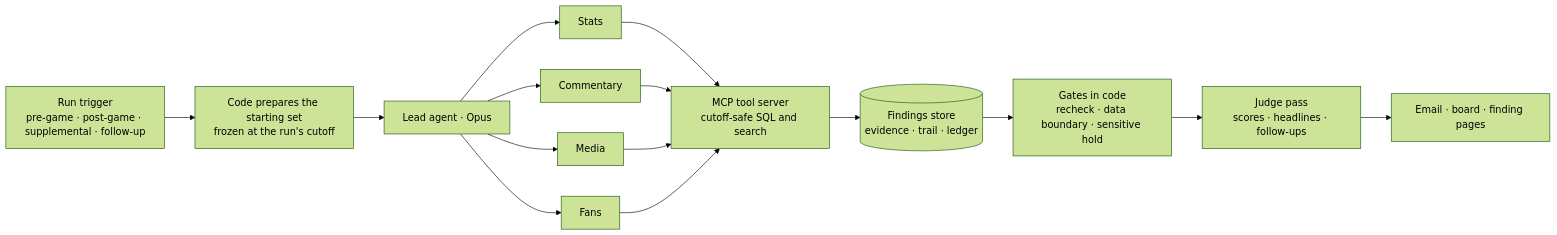
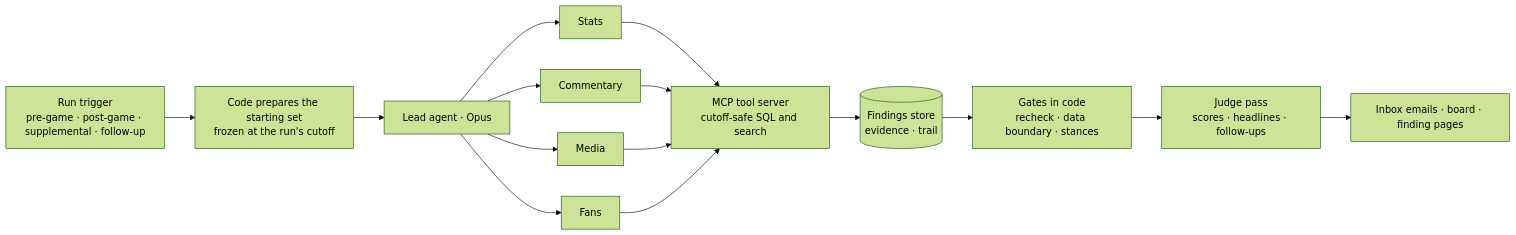
The diagram in README.md (fridai-dot-dev/nbl-storyline-desk), drawn with Mermaid (forest theme) before and after one commit. The commit also changed other lines of this file and 37 other files, not shown here.

````diff
--- a/README.md
+++ b/README.md
@@ -20,11 +29,11 @@
 ```mermaid
 flowchart LR
   T[Run trigger<br/>pre-game · post-game · supplemental · follow-up] --> P[Code prepares the starting set<br/>frozen at the run's cutoff]
   P --> L[Lead agent · Opus]
   L --> S1[Stats] & S2[Commentary] & S3[Media] & S4[Fans]
   S1 & S2 & S3 & S4 --> M[MCP tool server<br/>cutoff-safe SQL and search]
-  M --> F[(Findings store<br/>evidence · trail · ledger)]
-  F --> G[Gates in code<br/>recheck · data boundary · sensitive hold]
+  M --> F[(Findings store<br/>evidence · trail)]
+  F --> G[Gates in code<br/>recheck · data boundary · stances]
   G --> J[Judge pass<br/>scores · headlines · follow-ups]
-  J --> W[Email · board · finding pages]
+  J --> W[Inbox emails · board · finding pages]
 ```
````
